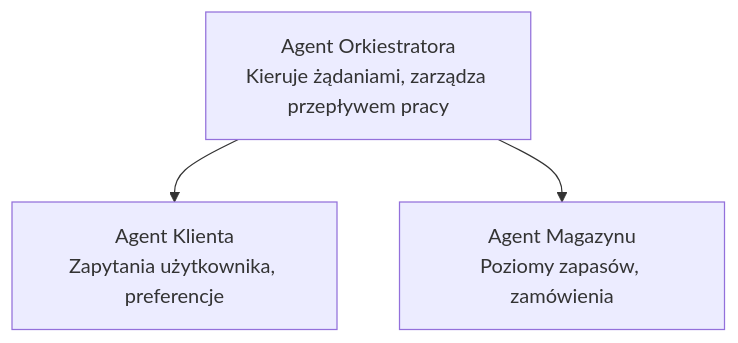
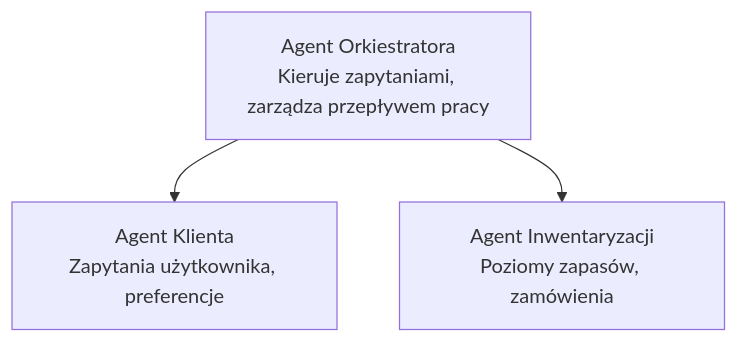
Before and after one commit to microsoft/AZD-for-beginners: the diagram in translations/pl/docs/chapter-05-multi-agent/README.md, drawn with Mermaid. The commit also changed other lines of this file and 104 other files, not shown here.

````diff
--- a/translations/pl/docs/chapter-05-multi-agent/README.md
+++ b/translations/pl/docs/chapter-05-multi-agent/README.md
@@ -52,5 +54,5 @@
 ```mermaid
 graph TD
-    Orchestrator[Agent Orkiestratora<br/>Kieruje żądaniami, zarządza przepływem pracy] --> Customer[Agent Klienta<br/>Zapytania użytkownika, preferencje]
-    Orchestrator --> Inventory[Agent Magazynu<br/>Poziomy zapasów, zamówienia]
+    Orchestrator[Agent Orkiestratora<br/>Kieruje zapytaniami, zarządza przepływem pracy] --> Customer[Agent Klienta<br/>Zapytania użytkownika, preferencje]
+    Orchestrator --> Inventory[Agent Inwentaryzacji<br/>Poziomy zapasów, zamówienia]
 ```
````
